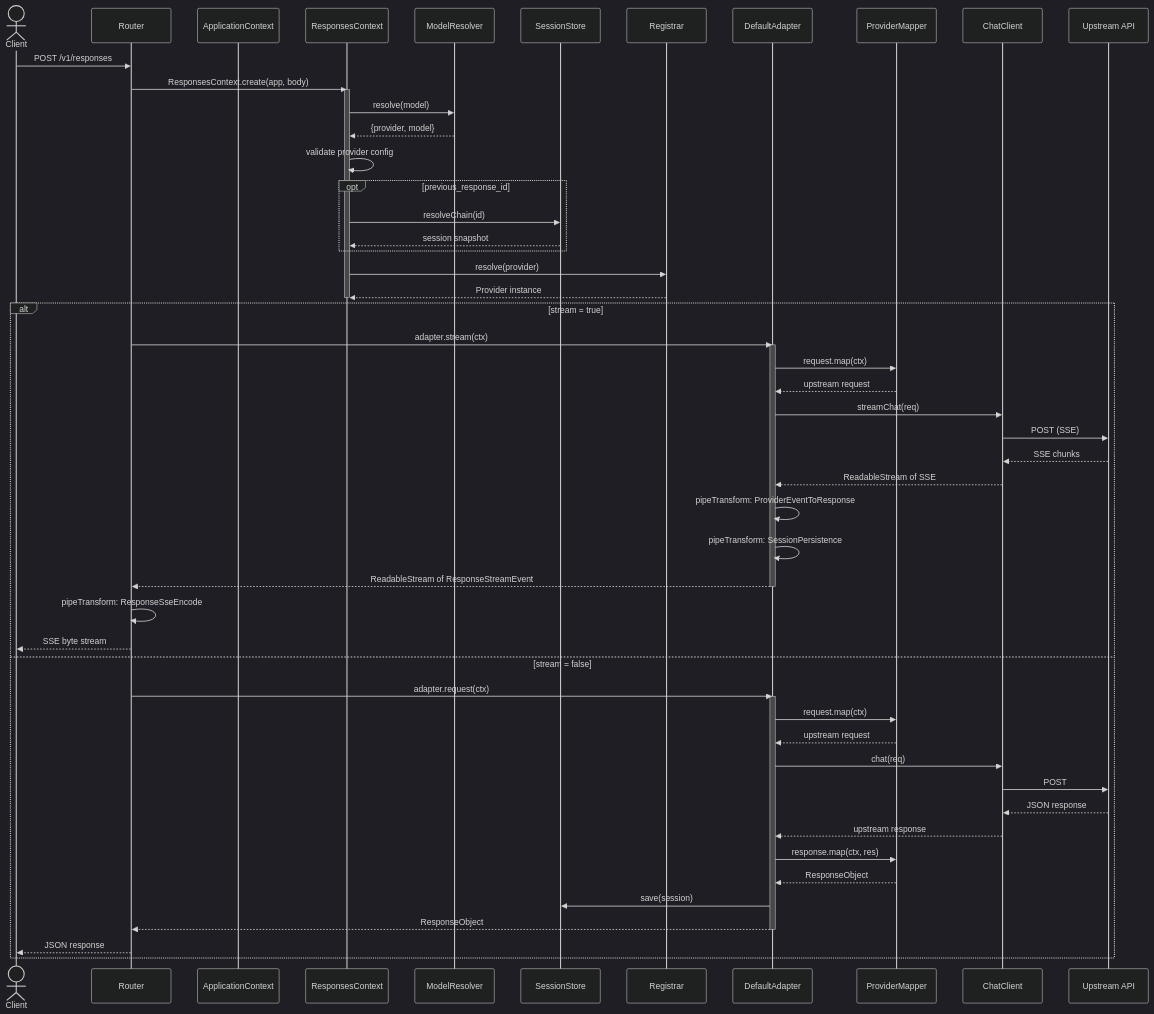
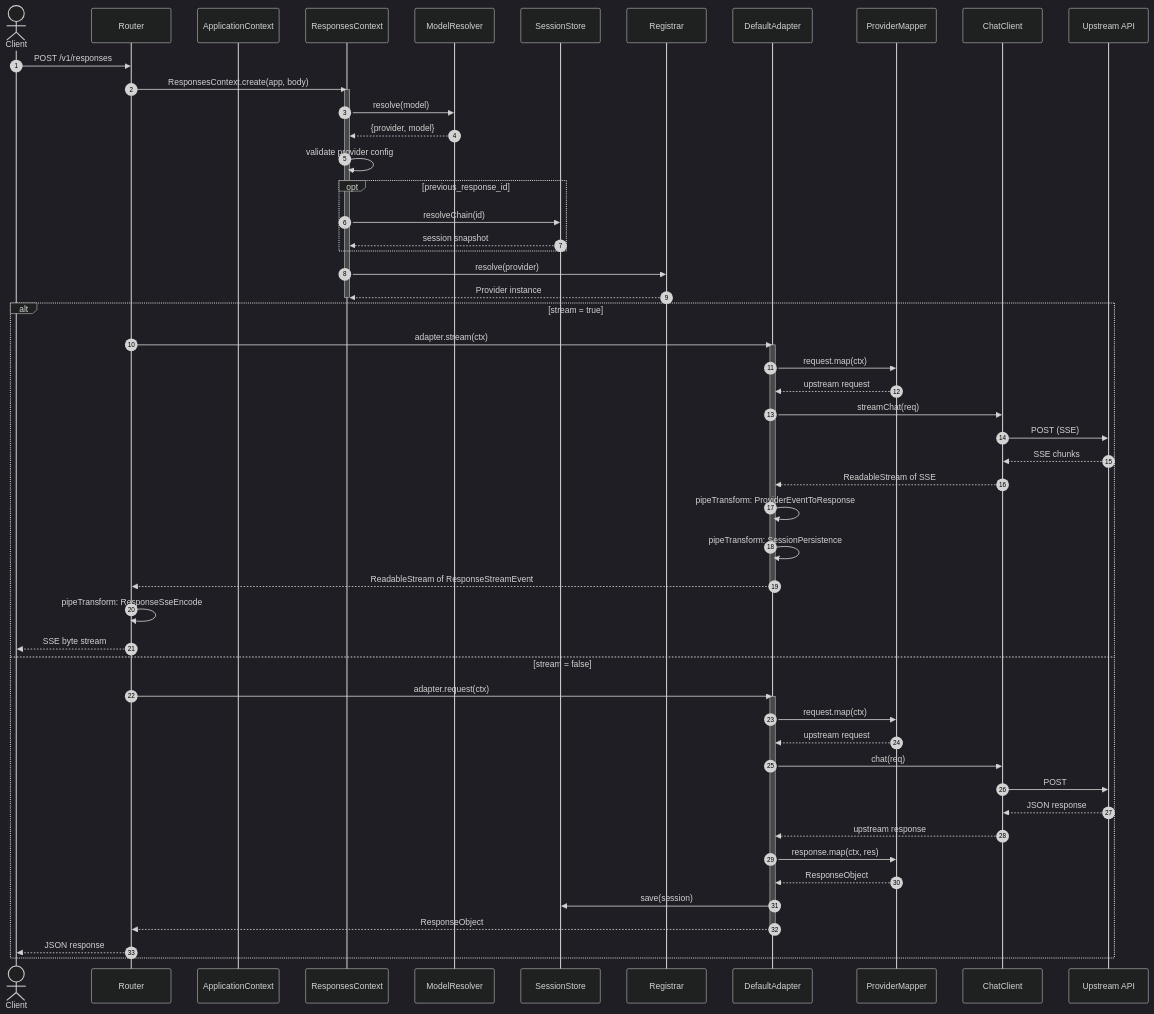
One commit to Ahoo-Wang/GodeX changed the diagram in wiki/02-architecture/request-flow.md. Above: the diagram before and after it, drawn with Mermaid (dark theme). The commit also changed 5 other files, not shown here.

````diff
--- a/wiki/02-architecture/request-flow.md
+++ b/wiki/02-architecture/request-flow.md
@@ -12,63 +12,64 @@
 ```mermaid
 sequenceDiagram
+    autonumber
   actor C as Client
   participant R as Router
   participant AC as ApplicationContext
   participant RC as ResponsesContext
   participant MR as ModelResolver
   participant SS as SessionStore
   participant REG as Registrar
   participant A as DefaultAdapter
   participant PM as ProviderMapper
   participant CC as ChatClient
   participant UP as Upstream API
 
   C->>R: POST /v1/responses
   R->>RC: ResponsesContext.create(app, body)
 
   activate RC
     RC->>MR: resolve(model)
     MR-->>RC: {provider, model}
     RC->>RC: validate provider config
 
     opt previous_response_id
       RC->>SS: resolveChain(id)
       SS-->>RC: session snapshot
     end
 
     RC->>REG: resolve(provider)
     REG-->>RC: Provider instance
   deactivate RC
 
   alt stream = true
     R->>A: adapter.stream(ctx)
     activate A
       A->>PM: request.map(ctx)
       PM-->>A: upstream request
       A->>CC: streamChat(req)
       CC->>UP: POST (SSE)
       UP-->>CC: SSE chunks
       CC-->>A: ReadableStream of SSE
       A->>A: pipeTransform: ProviderEventToResponse
       A->>A: pipeTransform: SessionPersistence
       A-->>R: ReadableStream of ResponseStreamEvent
     deactivate A
     R->>R: pipeTransform: ResponseSseEncode
     R-->>C: SSE byte stream
   else stream = false
     R->>A: adapter.request(ctx)
     activate A
       A->>PM: request.map(ctx)
       PM-->>A: upstream request
       A->>CC: chat(req)
       CC->>UP: POST
       UP-->>CC: JSON response
       CC-->>A: upstream response
       A->>PM: response.map(ctx, res)
       PM-->>A: ResponseObject
       A->>SS: save(session)
       A-->>R: ResponseObject
     deactivate A
     R-->>C: JSON response
   end
 ```
````
